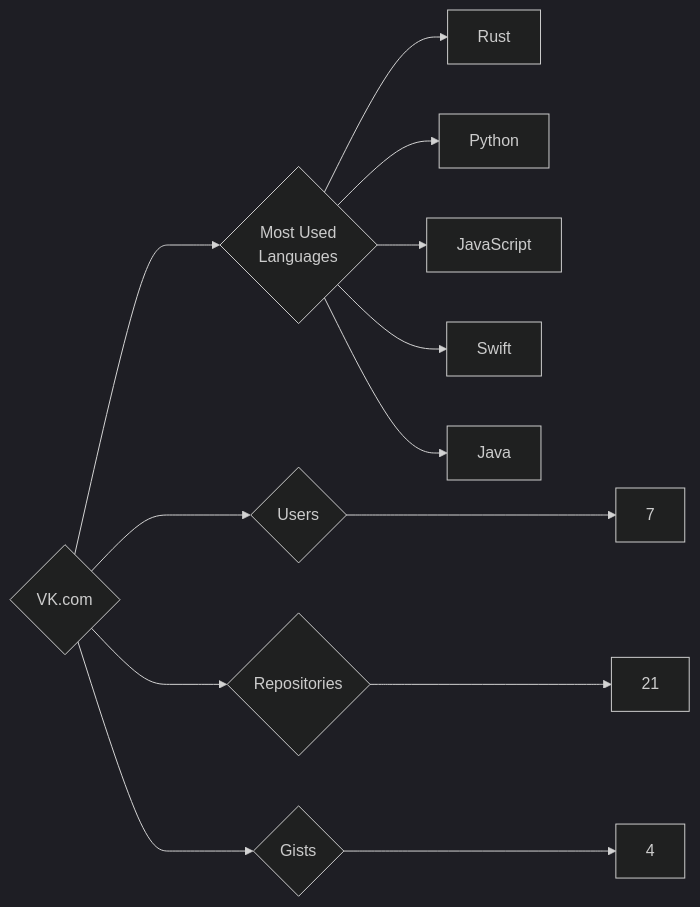
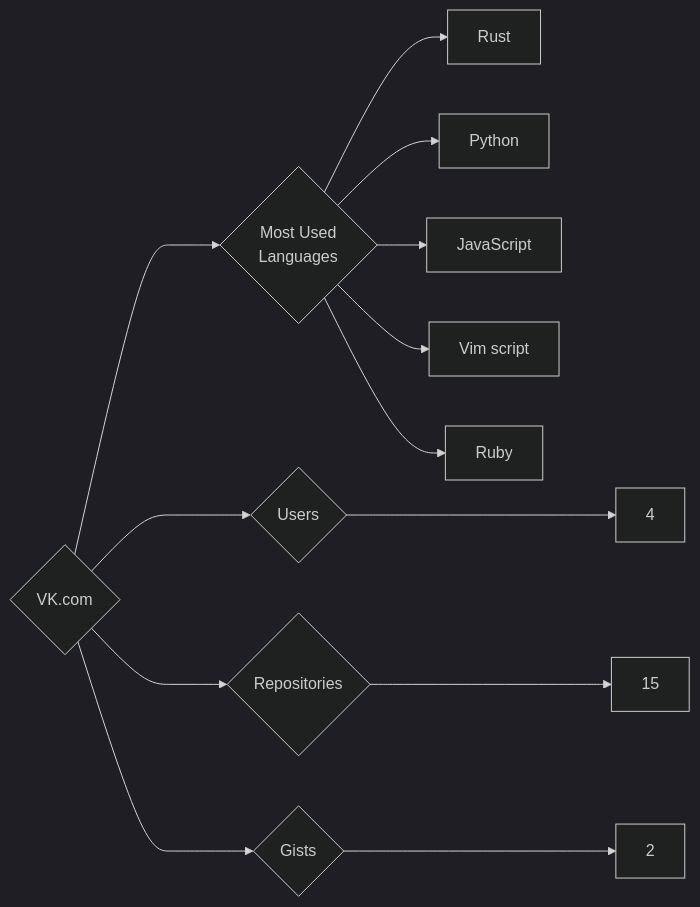
One commit to trickest/insiders changed the diagram in targets/VK.com/README.md. Above: the diagram before and after it, drawn with Mermaid (dark theme). The commit also changed 765 other files, not shown here.

````diff
--- a/targets/VK.com/README.md
+++ b/targets/VK.com/README.md
@@ -3,13 +3,13 @@
 ```mermaid
 graph LR
 COMPANY_NAME{VK.com}
-COMPANY_NAME ---> U{Users} ---> UN[7]
-COMPANY_NAME ---> R{Repositories} ---> RN[21]
-COMPANY_NAME ---> G{Gists} ---> GN[4]
+COMPANY_NAME ---> U{Users} ---> UN[4]
+COMPANY_NAME ---> R{Repositories} ---> RN[15]
+COMPANY_NAME ---> G{Gists} ---> GN[2]
 COMPANY_NAME ---> ML{Most Used<br>Languages}
 ML --> Rust[Rust]
 ML --> Python[Python]
 ML --> JavaScript[JavaScript]
-ML --> Swift[Swift]
-ML --> Java[Java]
+ML --> Vim_script[Vim script]
+ML --> Ruby[Ruby]
 ```
````
